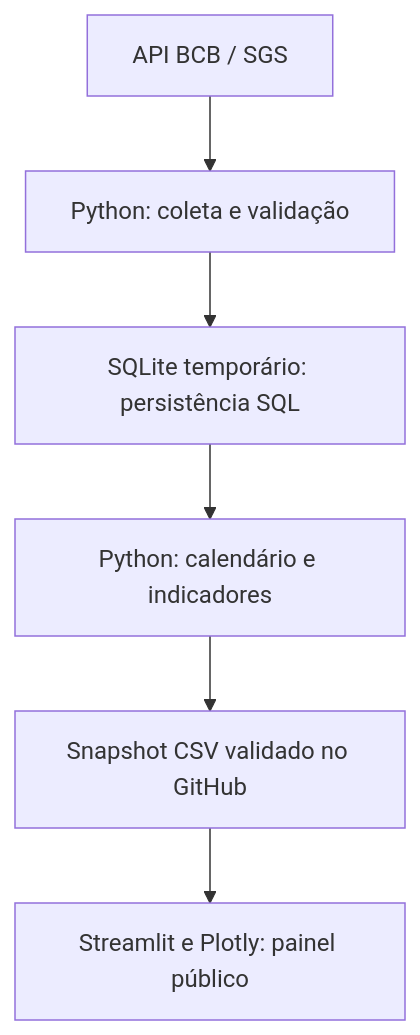
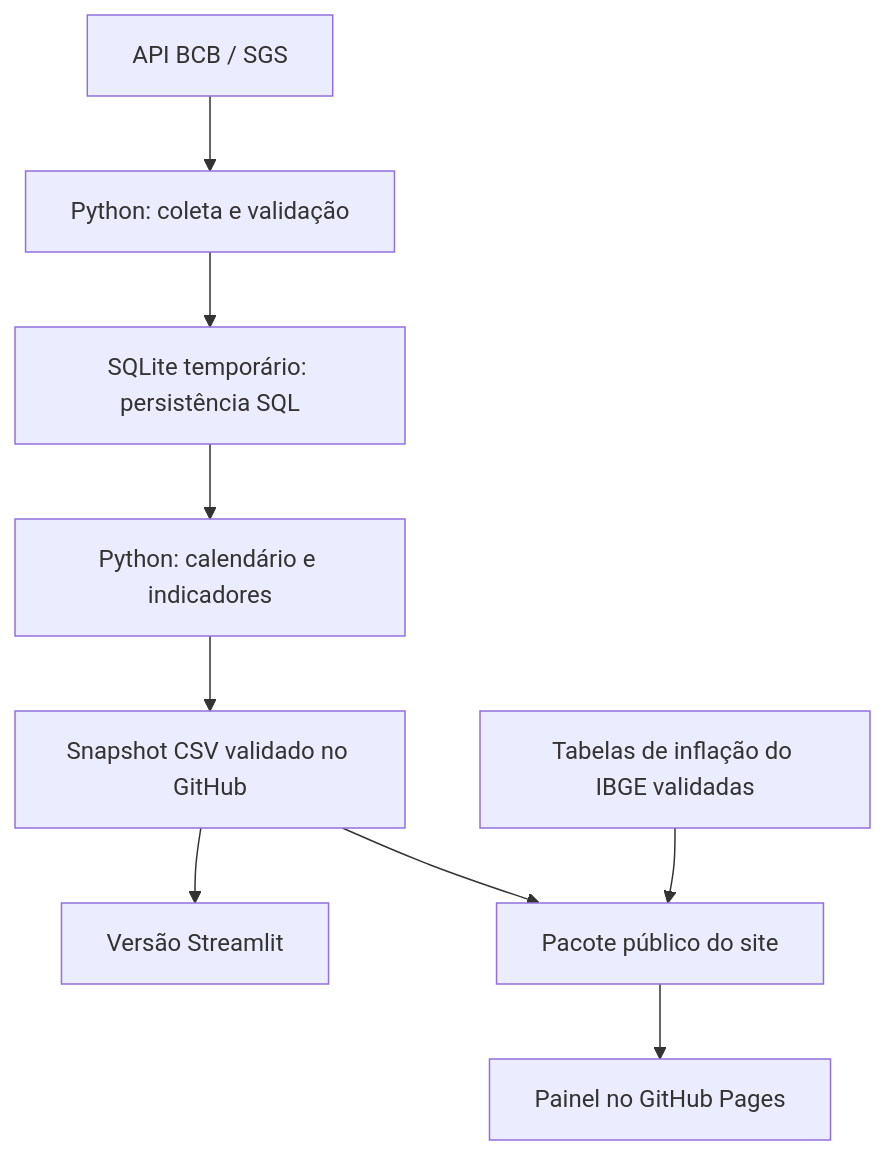
One commit to lukasmonken/observatorio-credito-brasil changed the diagram in docs/tecnologias.md. Above: the diagram before and after it, drawn with Mermaid. The commit also changed other lines of this file and 6 other files, not shown here.

````diff
--- a/docs/tecnologias.md
+++ b/docs/tecnologias.md
@@ -20,8 +21,11 @@
 ```mermaid
 flowchart TD
     A["API BCB / SGS"] --> B["Python: coleta e validação"]
     B --> C["SQLite temporário: persistência SQL"]
     C --> D["Python: calendário e indicadores"]
     D --> E["Snapshot CSV validado no GitHub"]
-    E --> F["Streamlit e Plotly: painel público"]
+    E --> F["Versão Streamlit"]
+    E --> G["Pacote público do site"]
+    H["Tabelas de inflação do IBGE validadas"] --> G
+    G --> I["Painel no GitHub Pages"]
 ```
````
